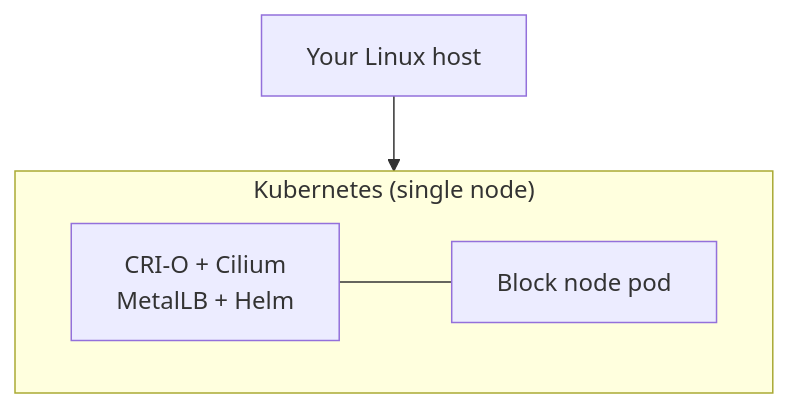
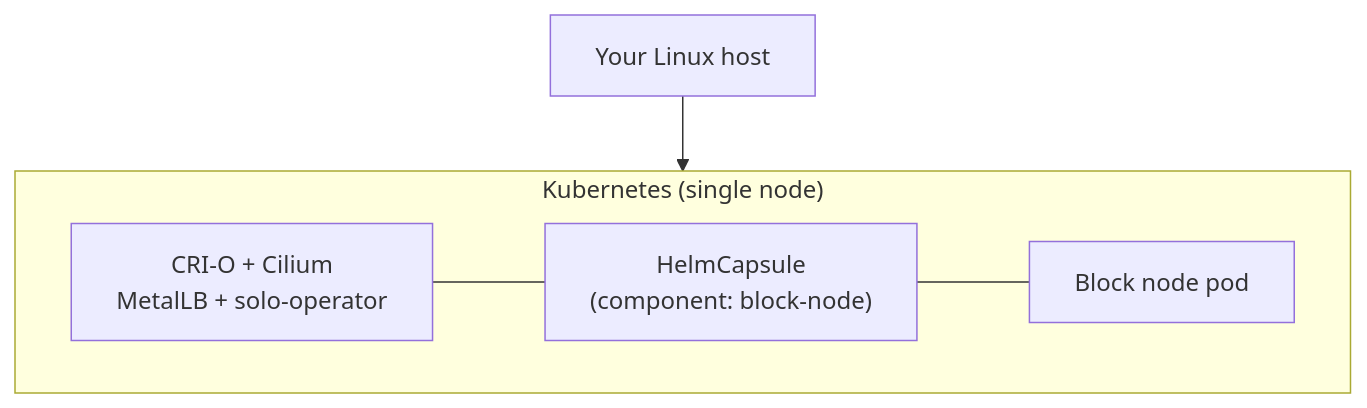
The first of 3 diagrams in docs/commands/block-node.md (hashgraph/solo-weaver), drawn with Mermaid before and after one commit. The commit also changed other lines of this file and 22 other files, not shown here.

First line of the commit message:
feat(blocknode): manage block node lifecycle through solo-operator

````diff
--- a/docs/commands/block-node.md
+++ b/docs/commands/block-node.md
@@ -18,11 +18,13 @@
 ```mermaid
 flowchart TB
     H["Your Linux host"]
     subgraph K["Kubernetes (single node)"]
       direction LR
-      C["CRI-O + Cilium<br/>MetalLB + Helm"]
+      C["CRI-O + Cilium<br/>MetalLB + solo-operator"]
+      O["HelmCapsule<br/>(component: block-node)"]
       B["Block node pod"]
     end
     H --> K
-    C --- B
+    C --- O
+    O --- B
 ```
````
